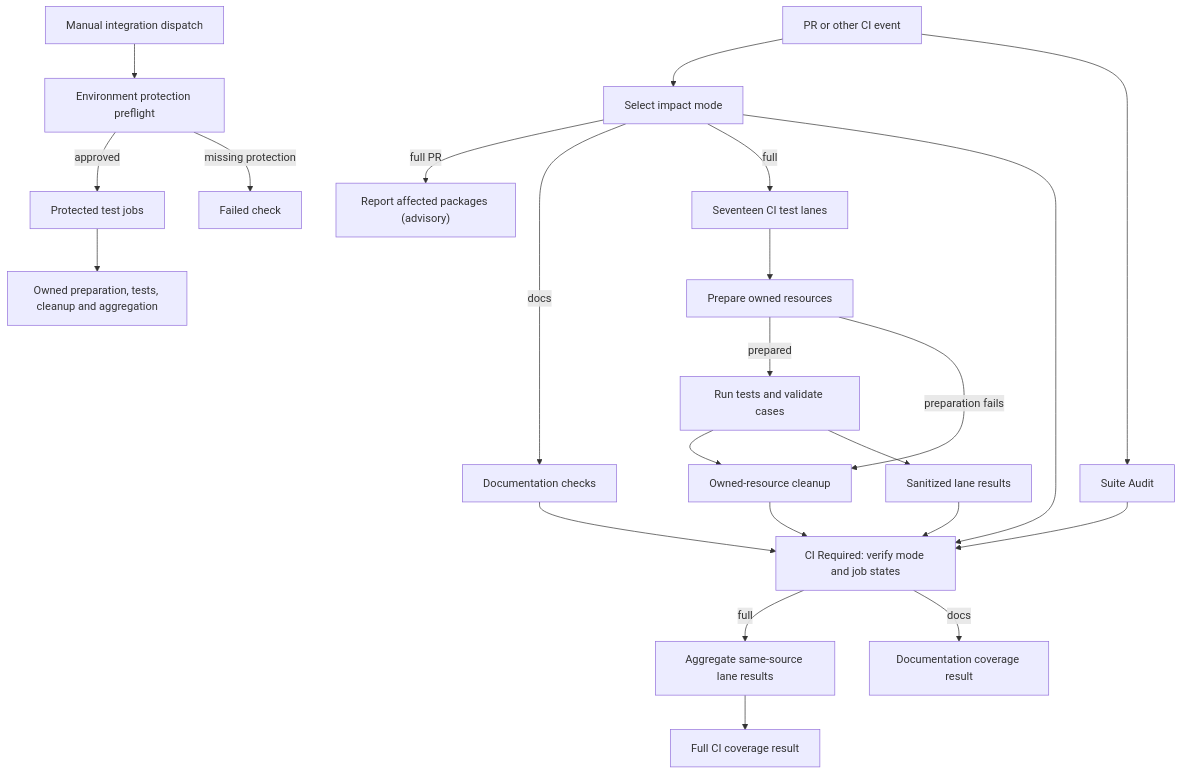
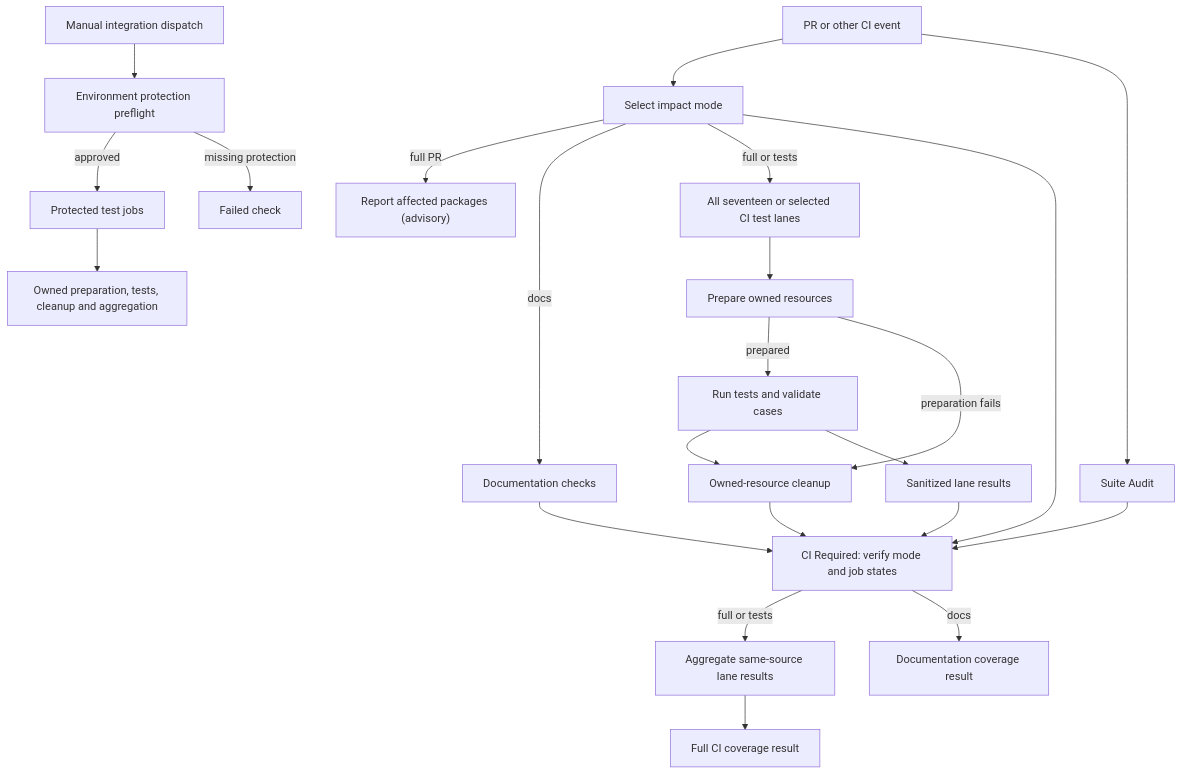
The diagram in docs/flows/github-actions-testing.md (IsaiahStapleton/openclaw-enterprise), drawn with Mermaid before and after one commit. The commit also changed other lines of this file and 2 other files, not shown here.

First line of the commit message:
ci(impact): document test-only mode; lint suppressions do not make a test referenced

````diff
--- a/docs/flows/github-actions-testing.md
+++ b/docs/flows/github-actions-testing.md
@@ -21,25 +21,25 @@
 ```mermaid
 graph TD
   A["PR or other CI event"] --> S["Select impact mode"]
   A --> N["Suite Audit"]
   S -->|full PR| Q["Report affected packages (advisory)"]
   S -->|docs| D["Documentation checks"]
-  S -->|full| B["Seventeen CI test lanes"]
+  S -->|full or tests| B["All seventeen or selected CI test lanes"]
   B --> F["Prepare owned resources"]
   F -->|prepared| H["Run tests and validate cases"]
   F -->|preparation fails| J["Owned-resource cleanup"]
   H --> J
   H --> K["Sanitized lane results"]
   J --> G["CI Required: verify mode and job states"]
   S --> G
   N --> G
   D --> G
   K --> G
-  G -->|full| L["Aggregate same-source lane results"]
+  G -->|full or tests| L["Aggregate same-source lane results"]
   G -->|docs| M["Documentation coverage result"]
   L --> R["Full CI coverage result"]
   C["Manual integration dispatch"] --> P["Environment protection preflight"]
   P -->|approved| E["Protected test jobs"]
   P -->|missing protection| X["Failed check"]
   E --> T["Owned preparation, tests, cleanup and aggregation"]
 ```
````
